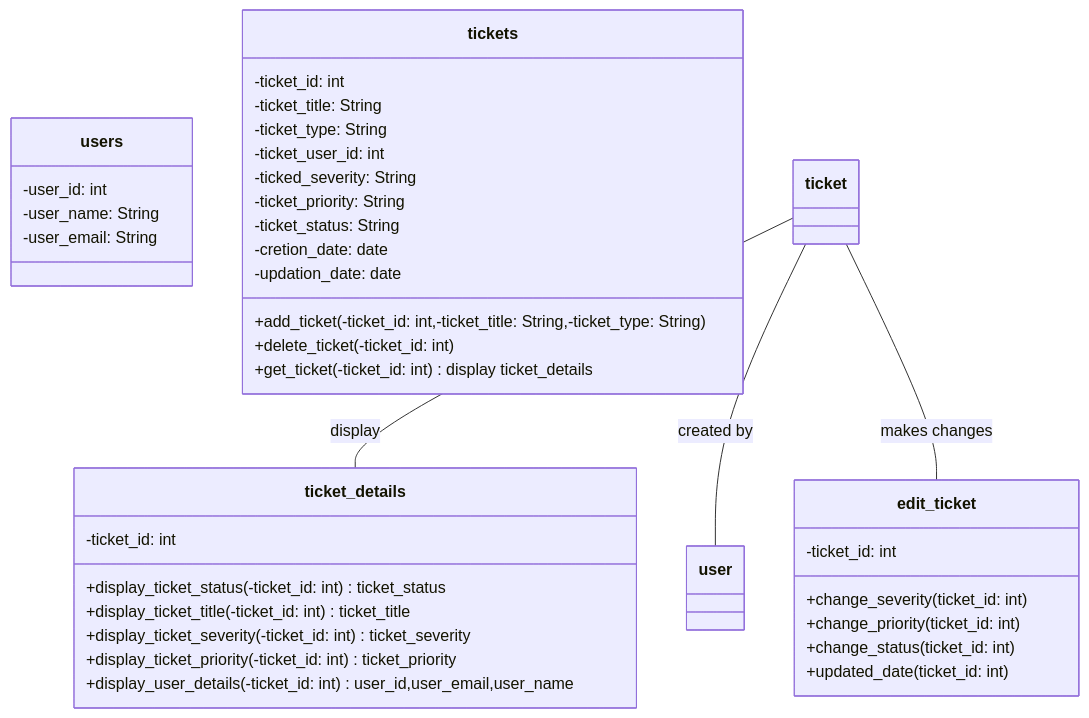
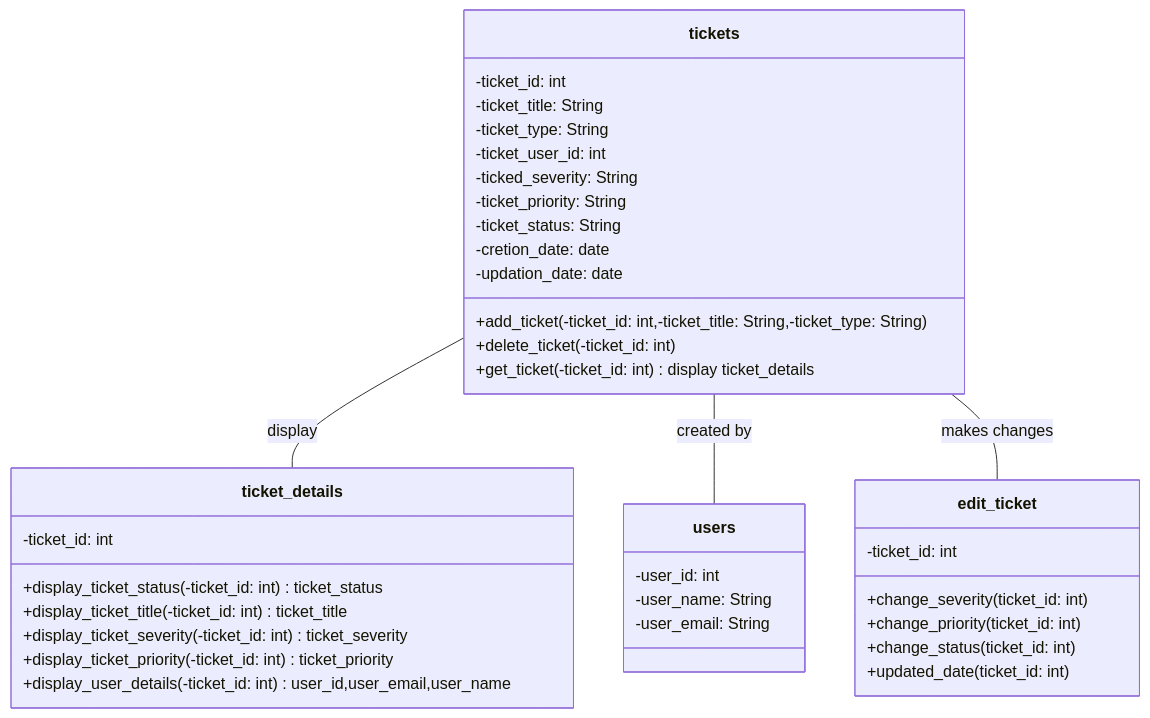
One commit to DheerajBisht07/Ticket-Management-Interface changed the diagram in Ticket Management Database.mmd. Above: the diagram before and after it, drawn with Mermaid.

Commit message:
edited database

```diff
--- a/Ticket Management Database.mmd
+++ b/Ticket Management Database.mmd
@@ -1,39 +1,39 @@
 classDiagram
 
 class users{
  -user_id: int
  -user_name: String
  -user_email: String
 }
 class tickets{
  -ticket_id: int
  -ticket_title: String 
  -ticket_type: String
  -ticket_user_id: int
  -ticked_severity: String
  -ticket_priority: String
  -ticket_status: String
  -cretion_date: date
  -updation_date: date
  +add_ticket(-ticket_id: int,-ticket_title: String,-ticket_type: String )
  +delete_ticket(-ticket_id: int)
  +get_ticket(-ticket_id: int) display ticket_details
 }
 class edit_ticket{
  -ticket_id: int
  +change_severity(ticket_id: int)
  +change_priority(ticket_id: int)
  +change_status(ticket_id: int)
  +updated_date(ticket_id: int)
 }
 class ticket_details{
 -ticket_id: int
  +display_ticket_status(-ticket_id: int)  ticket_status
  +display_ticket_title(-ticket_id: int)  ticket_title
  +display_ticket_severity(-ticket_id: int)  ticket_severity
  +display_ticket_priority(-ticket_id: int)  ticket_priority
  +display_user_details(-ticket_id: int) user_id,user_email,user_name
 }
- ticket -- ticket_details : display
- ticket -- user : created by
- ticket -- edit_ticket : makes changes
+ tickets -- ticket_details : display
+ tickets -- users : created by
+ tickets -- edit_ticket : makes changes
```
